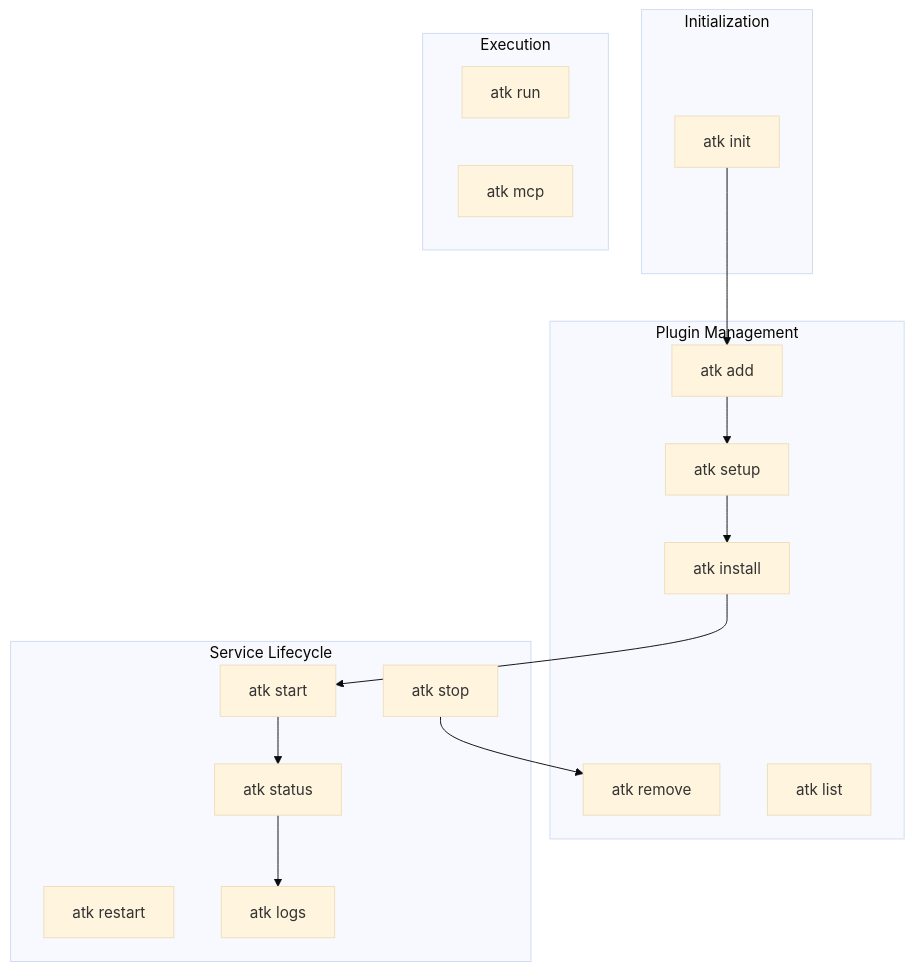
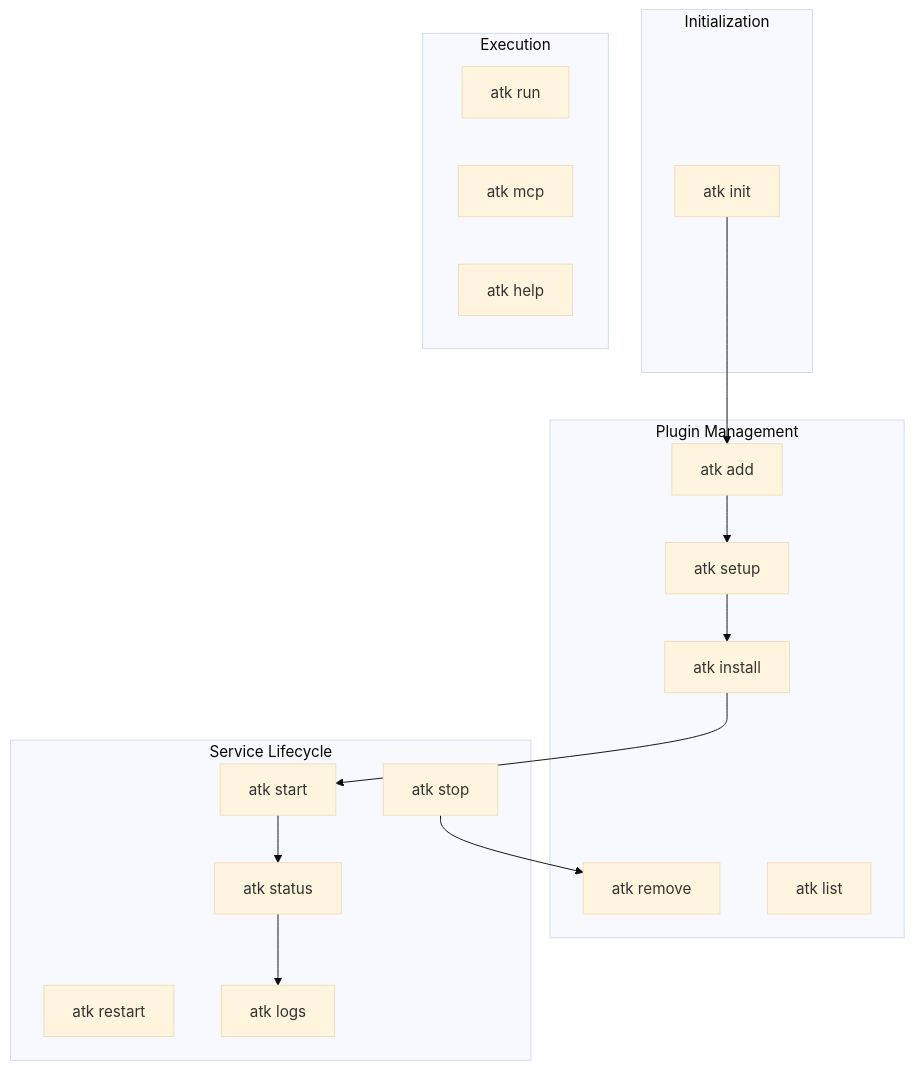
One commit to Svtoo/atk changed the diagram in docs/specs/commands-spec.md. Above: the diagram before and after it, drawn with Mermaid (base theme). The commit also changed other lines of this file and 2 other files, not shown here.

Commit message:
Add spec for help and skill files

````diff
--- a/docs/specs/commands-spec.md
+++ b/docs/specs/commands-spec.md
@@ -38,35 +38,36 @@
 ```mermaid
 flowchart TB
     subgraph Init["Initialization"]
         init[atk init]
     end
 
     subgraph Manage["Plugin Management"]
         add[atk add]
         setup[atk setup]
         install[atk install]
         remove[atk remove]
         list[atk list]
     end
 
     subgraph Lifecycle["Service Lifecycle"]
         start[atk start]
         stop[atk stop]
         restart[atk restart]
         status[atk status]
         logs[atk logs]
     end
 
     subgraph Execute["Execution"]
         run[atk run]
         mcp[atk mcp]
+        help[atk help]
     end
 
     init --> add
     add --> setup
     setup --> install
     install --> start
     start --> status
     status --> logs
     stop --> remove
 ```
````
